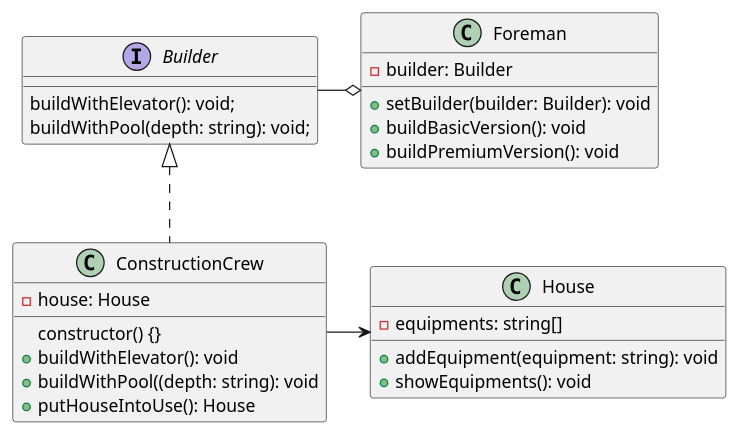
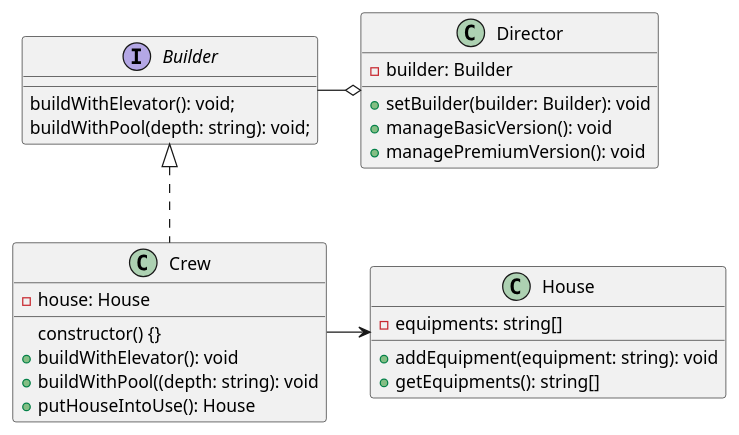
One commit to plkpiotr/design-patterns changed the diagram in src/app/creational/builder/builder.puml. Above: the diagram before and after it, drawn with PlantUML. The commit also changed other lines of this file and 8 other files, not shown here.

Commit message:
Update diagrams to real life examples

```diff
--- a/src/app/creational/builder/builder.puml
+++ b/src/app/creational/builder/builder.puml
@@ -1,32 +1,33 @@
 @startuml
 
 interface Builder {
   buildWithElevator(): void;
   buildWithPool(depth: string): void;
 }
 
-class Foreman {
+class Director {
   - builder: Builder
   + setBuilder(builder: Builder): void
-  + buildBasicVersion(): void
-  + buildPremiumVersion(): void
+  + manageBasicVersion(): void
+  + managePremiumVersion(): void
 }
 
-class ConstructionCrew {
+class Crew {
   - house: House
     constructor() {}
   + buildWithElevator(): void
   + buildWithPool((depth: string): void
   + putHouseIntoUse(): House
 }
 
 class House {
   - equipments: string[]
   + addEquipment(equipment: string): void
-  + showEquipments(): void
+  + getEquipments(): string[]
 }
 
-Builder -o Foreman
-Builder <|.. ConstructionCrew
-ConstructionCrew -> House
+Builder -o Director
+Builder <|.. Crew
+Crew -> House
+
 @enduml
```
